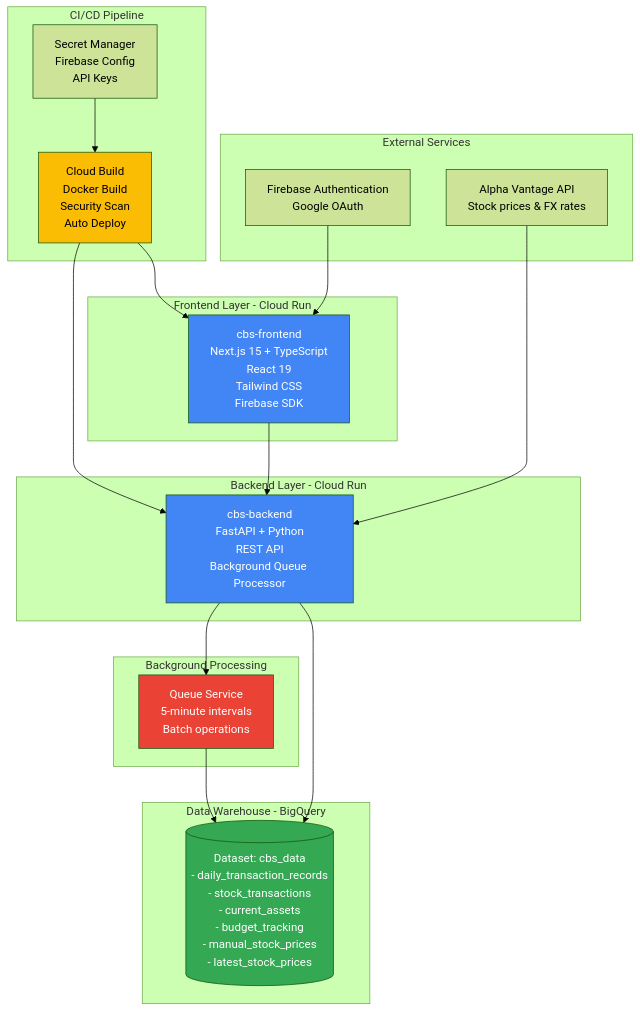
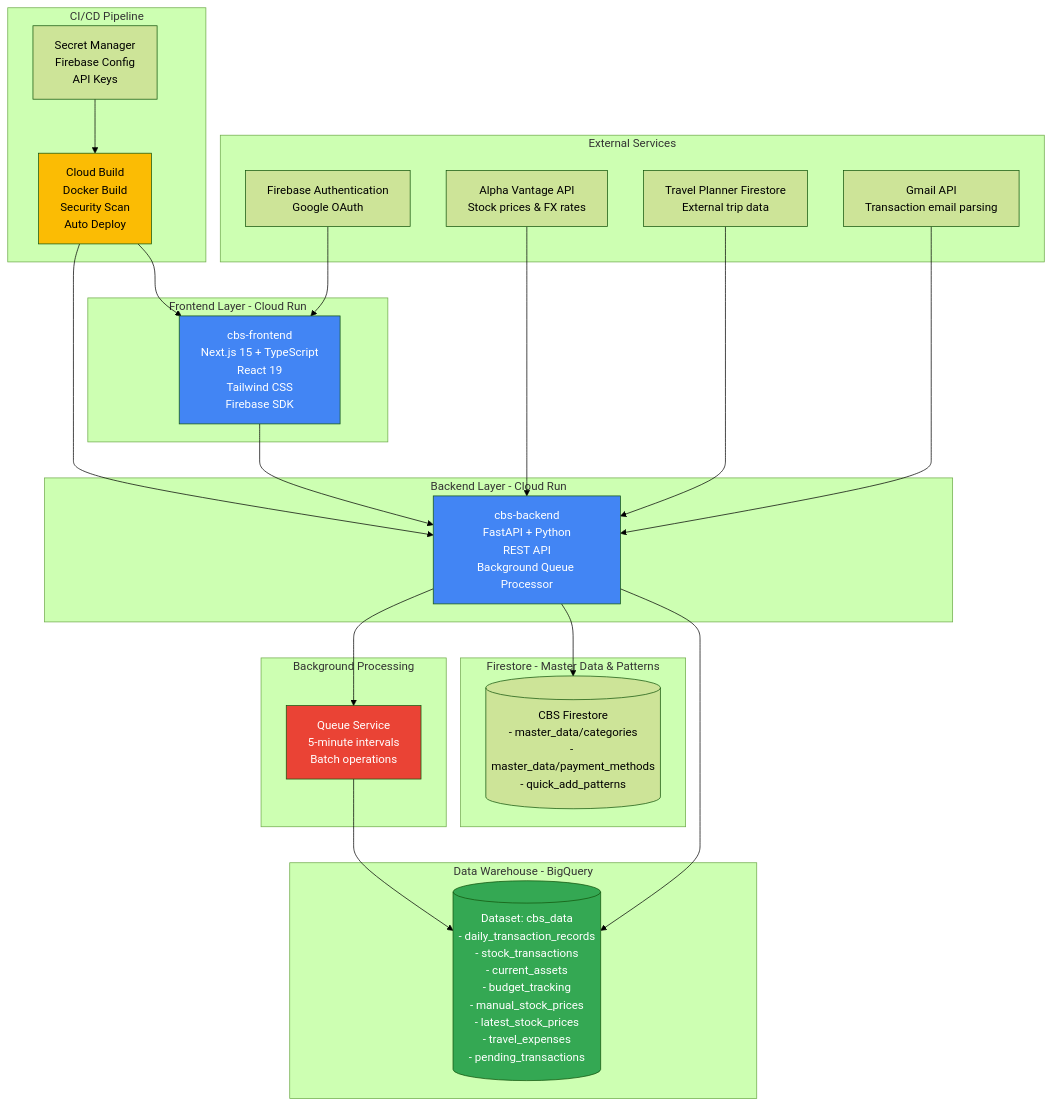
The first of 4 diagrams in README.md (takeshimx/personal-finance-architecture), drawn with Mermaid (forest theme) before and after one commit. The commit also changed other lines of this file and 1 other file, not shown here.

````diff
--- a/README.md
+++ b/README.md
@@ -32,46 +32,55 @@
 ```mermaid
 graph TB
     subgraph "External Services"
         Firebase[Firebase Authentication<br/>Google OAuth]
         AlphaVantage[Alpha Vantage API<br/>Stock prices & FX rates]
+        TravelFirestore[Travel Planner Firestore<br/>External trip data]
+        GmailAPI[Gmail API<br/>Transaction email parsing]
     end
 
     subgraph "Frontend Layer - Cloud Run"
         Frontend[cbs-frontend<br/>Next.js 15 + TypeScript<br/>React 19<br/>Tailwind CSS<br/>Firebase SDK]
     end
 
     subgraph "Backend Layer - Cloud Run"
         Backend[cbs-backend<br/>FastAPI + Python<br/>REST API<br/>Background Queue Processor]
     end
 
     subgraph "Data Warehouse - BigQuery"
-        RawData[(Dataset: cbs_data<br/>- daily_transaction_records<br/>- stock_transactions<br/>- current_assets<br/>- budget_tracking<br/>- manual_stock_prices<br/>- latest_stock_prices)]
+        RawData[(Dataset: cbs_data<br/>- daily_transaction_records<br/>- stock_transactions<br/>- current_assets<br/>- budget_tracking<br/>- manual_stock_prices<br/>- latest_stock_prices<br/>- travel_expenses<br/>- pending_transactions)]
+    end
+
+    subgraph "Firestore - Master Data & Patterns"
+        CBSFirestore[(CBS Firestore<br/>- master_data/categories<br/>- master_data/payment_methods<br/>- quick_add_patterns)]
     end
 
     subgraph "CI/CD Pipeline"
         CloudBuild[Cloud Build<br/>Docker Build<br/>Security Scan<br/>Auto Deploy]
         SecretManager[Secret Manager<br/>Firebase Config<br/>API Keys]
     end
 
     subgraph "Background Processing"
         QueueProcessor[Queue Service<br/>5-minute intervals<br/>Batch operations]
     end
 
     Firebase --> Frontend
     Frontend --> Backend
     Backend --> RawData
+    Backend --> CBSFirestore
     AlphaVantage --> Backend
+    TravelFirestore --> Backend
+    GmailAPI --> Backend
 
     Backend --> QueueProcessor
     QueueProcessor --> RawData
 
     CloudBuild --> Frontend
     CloudBuild --> Backend
     SecretManager --> CloudBuild
 
     style Frontend fill:#4285f4,color:#fff
     style Backend fill:#4285f4,color:#fff
     style RawData fill:#34a853,color:#fff
     style CloudBuild fill:#fbbc04,color:#000
     style QueueProcessor fill:#ea4335,color:#fff
 ```
````
